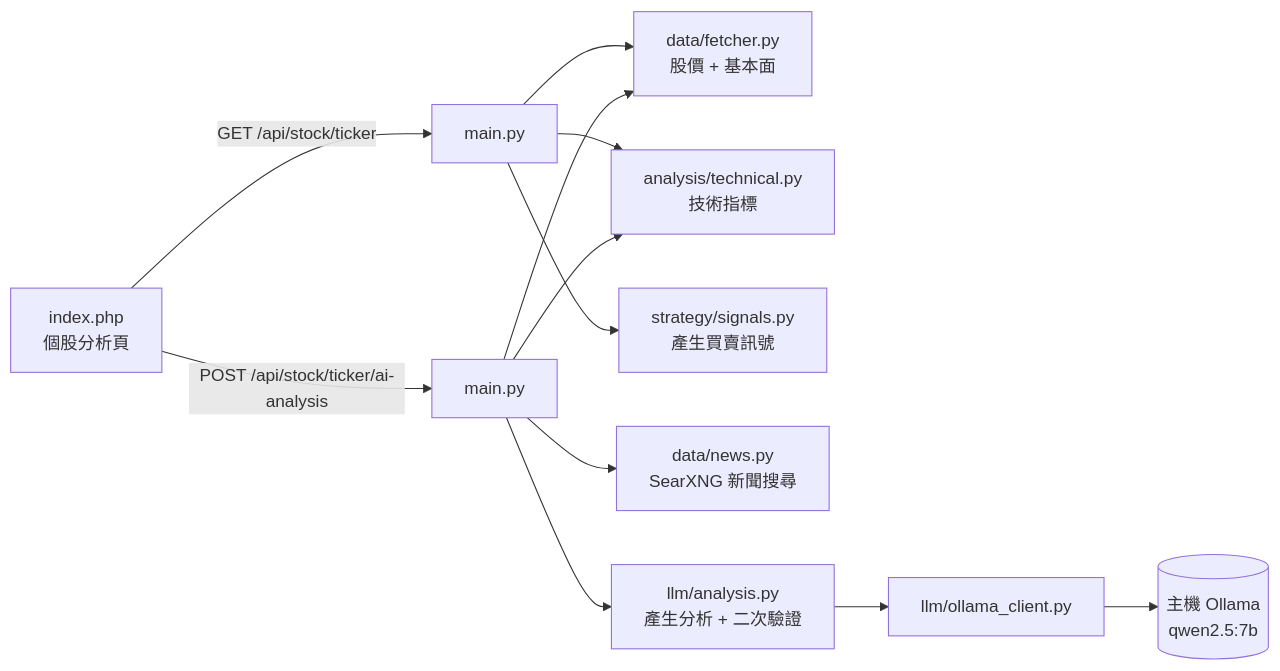
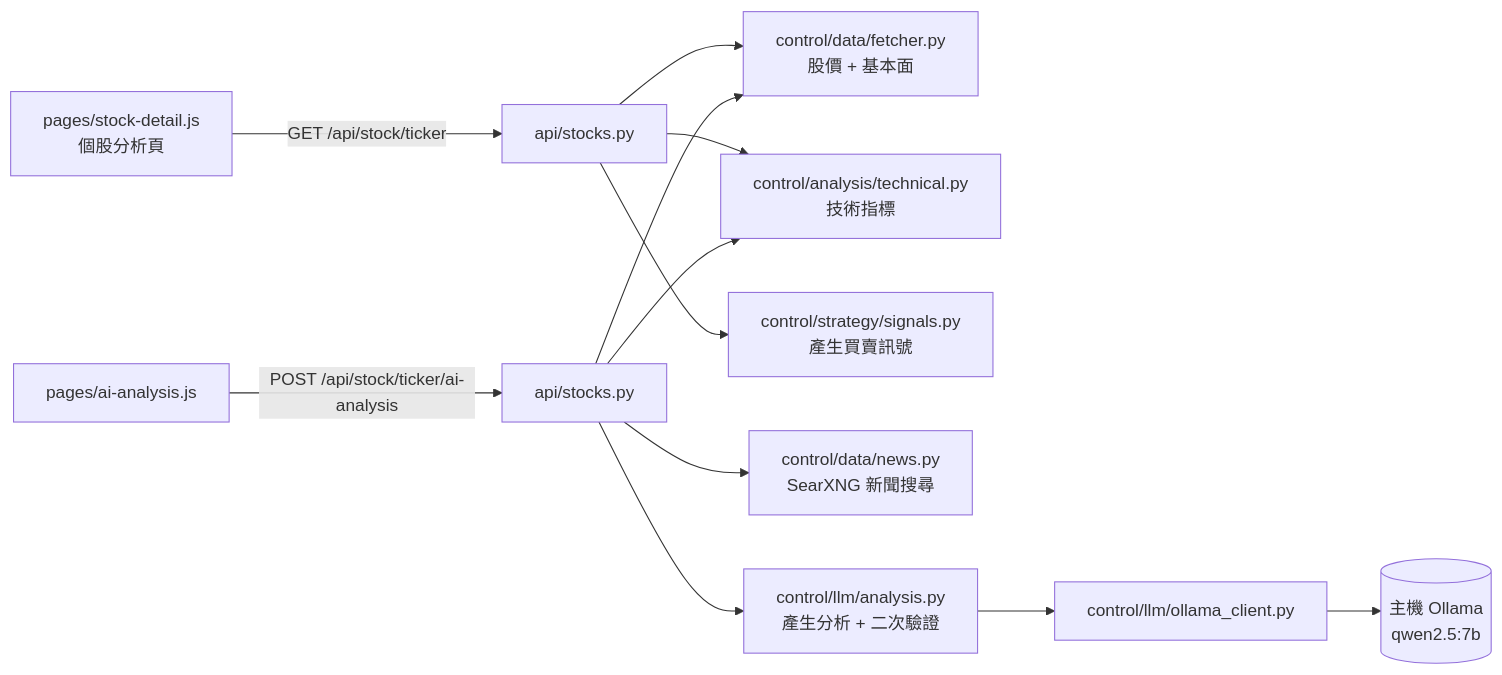
One commit to t33287720/stock-agent changed the first of 4 diagrams in README.md. Above: the diagram before and after it, drawn with Mermaid. The commit also changed other lines of this file and 40 other files, not shown here.

````diff
--- a/README.md
+++ b/README.md
@@ -91,16 +107,16 @@
 ```mermaid
 flowchart LR
-    UI[index.php<br/>個股分析頁] -->|GET /api/stock/ticker| StockAPI[main.py]
-    UI -->|POST /api/stock/ticker/ai-analysis| AIAPI[main.py]
+    UI[pages/stock-detail.js<br/>個股分析頁] -->|GET /api/stock/ticker| StockAPI[api/stocks.py]
+    UI2[pages/ai-analysis.js] -->|POST /api/stock/ticker/ai-analysis| AIAPI[api/stocks.py]
 
-    StockAPI --> Fetcher[data/fetcher.py<br/>股價 + 基本面]
-    StockAPI --> Technical[analysis/technical.py<br/>技術指標]
-    StockAPI --> Signals[strategy/signals.py<br/>產生買賣訊號]
+    StockAPI --> Fetcher[control/data/fetcher.py<br/>股價 + 基本面]
+    StockAPI --> Technical[control/analysis/technical.py<br/>技術指標]
+    StockAPI --> Signals[control/strategy/signals.py<br/>產生買賣訊號]
 
     AIAPI --> Fetcher
     AIAPI --> Technical
-    AIAPI --> News[data/news.py<br/>SearXNG 新聞搜尋]
-    AIAPI --> LLM[llm/analysis.py<br/>產生分析 + 二次驗證]
-    LLM --> Ollama[llm/ollama_client.py]
+    AIAPI --> News[control/data/news.py<br/>SearXNG 新聞搜尋]
+    AIAPI --> LLM[control/llm/analysis.py<br/>產生分析 + 二次驗證]
+    LLM --> Ollama[control/llm/ollama_client.py]
     Ollama --> OllamaSvc[(主機 Ollama<br/>qwen2.5:7b)]
 ```
````
